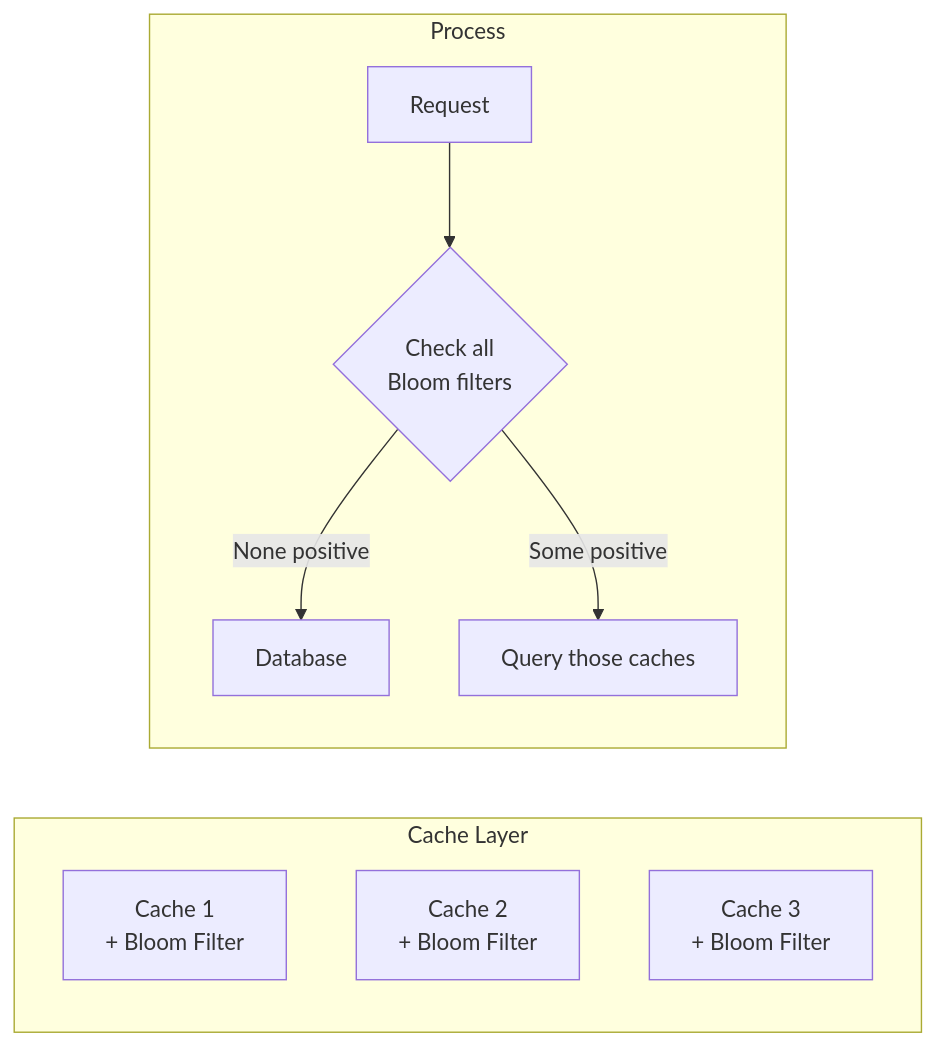
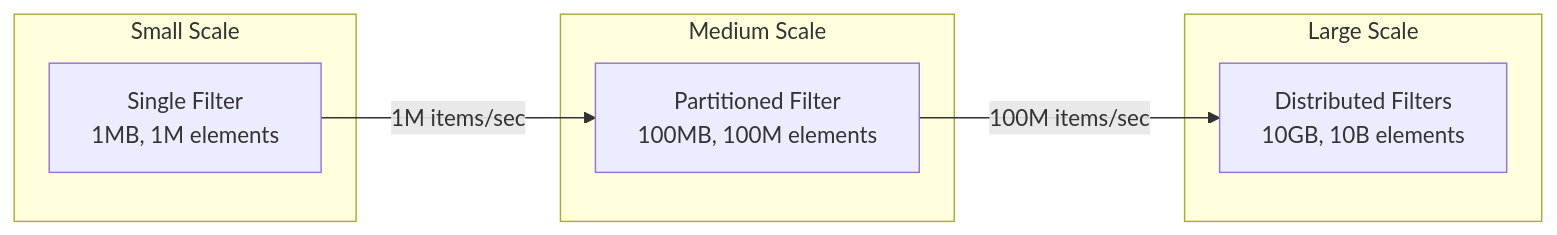
Before and after one commit to deepaucksharma/DStudio: the fourth of 6 diagrams in docs/pattern-library/data-management/bloom-filter.md, drawn with Mermaid. The commit also changed other lines of this file and 23 other files, not shown here.

````diff
--- a/docs/pattern-library/data-management/bloom-filter.md
+++ b/docs/pattern-library/data-management/bloom-filter.md
@@ -248,14 +230,17 @@
 ```mermaid
 graph LR
- subgraph "Cache Layer"
- C1[Cache 1<br/>+ Bloom Filter]
- C2[Cache 2<br/>+ Bloom Filter]
- C3[Cache 3<br/>+ Bloom Filter]
- end
- 
- subgraph "Process"
- Req[Request] --> Check{Check all<br/>Bloom filters}
- Check -->|None positive| DB[Database]
- Check -->|Some positive| Query[Query those caches]
- end
+    subgraph "Small Scale"
+        A1[Single Filter<br/>1MB, 1M elements]
+    end
+    
+    subgraph "Medium Scale" 
+        B1[Partitioned Filter<br/>100MB, 100M elements]
+    end
+    
+    subgraph "Large Scale"
+        C1[Distributed Filters<br/>10GB, 10B elements]
+    end
+    
+    A1 -->|1M items/sec| B1
+    B1 -->|100M items/sec| C1
 ```
````
